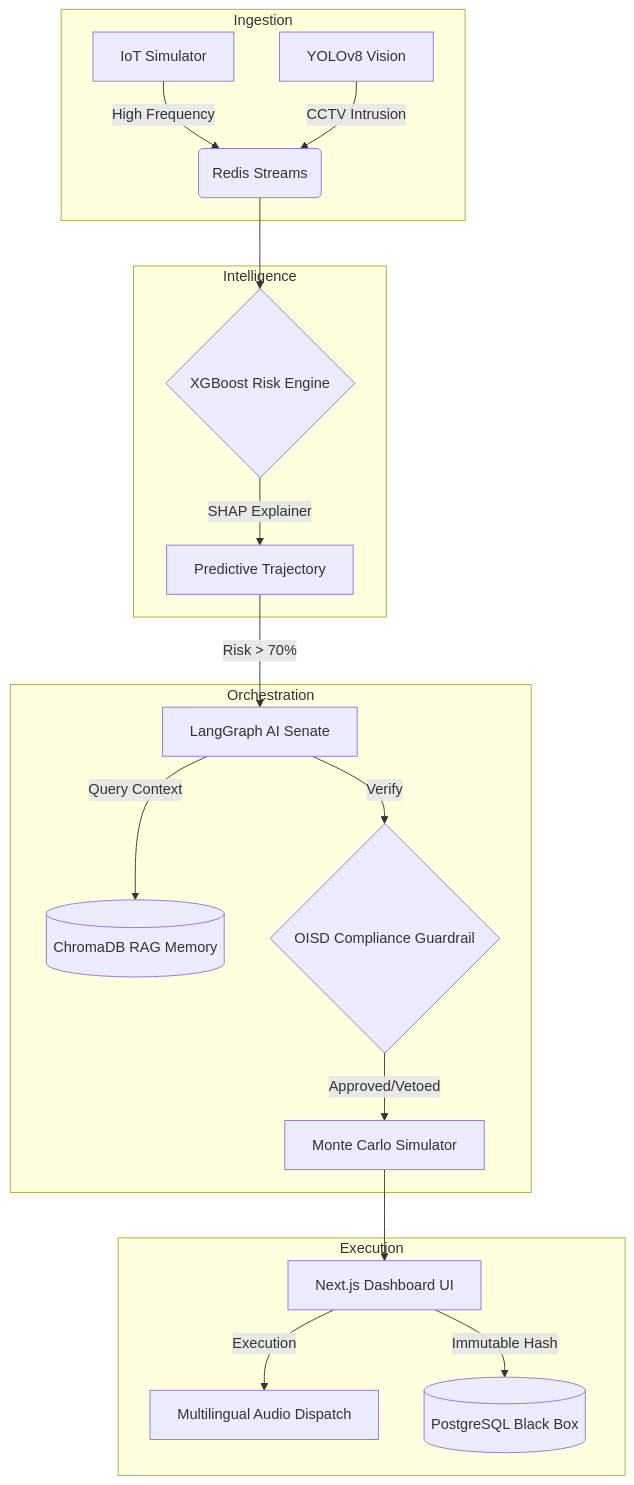
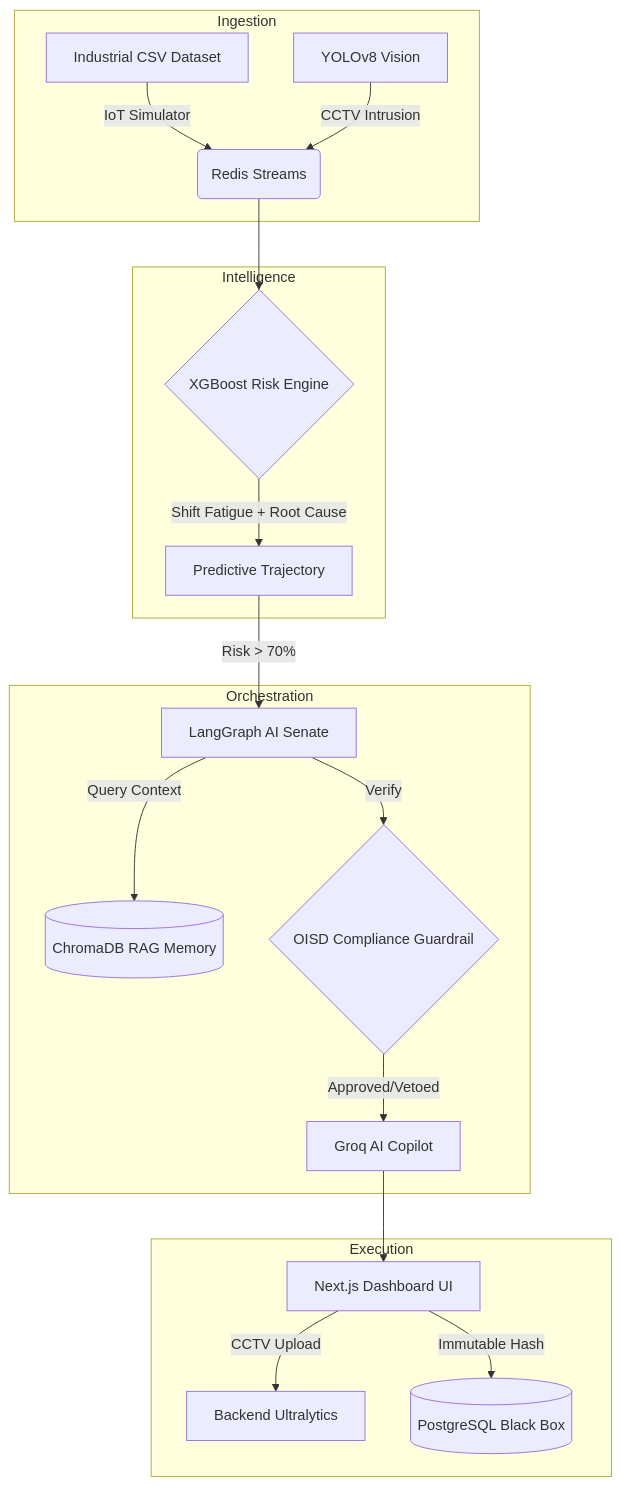
Before and after one commit to bhargavatejagolla/SENTINEL--: the diagram in README.md, drawn with Mermaid. The commit also changed other lines of this file and 28 other files, not shown here.

````diff
--- a/README.md
+++ b/README.md
@@ -65,25 +66,25 @@
 ```mermaid
 graph TD
     subgraph Ingestion
-    A[IoT Simulator] --> |High Frequency| C(Redis Streams)
+    A[Industrial CSV Dataset] --> |IoT Simulator| C(Redis Streams)
     B[YOLOv8 Vision] --> |CCTV Intrusion| C
     end
     
     subgraph Intelligence
     C --> D{XGBoost Risk Engine}
-    D --> |SHAP Explainer| E[Predictive Trajectory]
+    D --> |Shift Fatigue + Root Cause| E[Predictive Trajectory]
     end
     
     subgraph Orchestration
     E --> |Risk > 70%| F[LangGraph AI Senate]
     F --> |Query Context| G[(ChromaDB RAG Memory)]
     F --> |Verify| H{OISD Compliance Guardrail}
-    H --> |Approved/Vetoed| I[Monte Carlo Simulator]
+    H --> |Approved/Vetoed| I[Groq AI Copilot]
     end
     
     subgraph Execution
     I --> J[Next.js Dashboard UI]
-    J --> |Execution| K[Multilingual Audio Dispatch]
+    J --> |CCTV Upload| K[Backend Ultralytics]
     J --> |Immutable Hash| L[(PostgreSQL Black Box)]
     end
 ```
````
